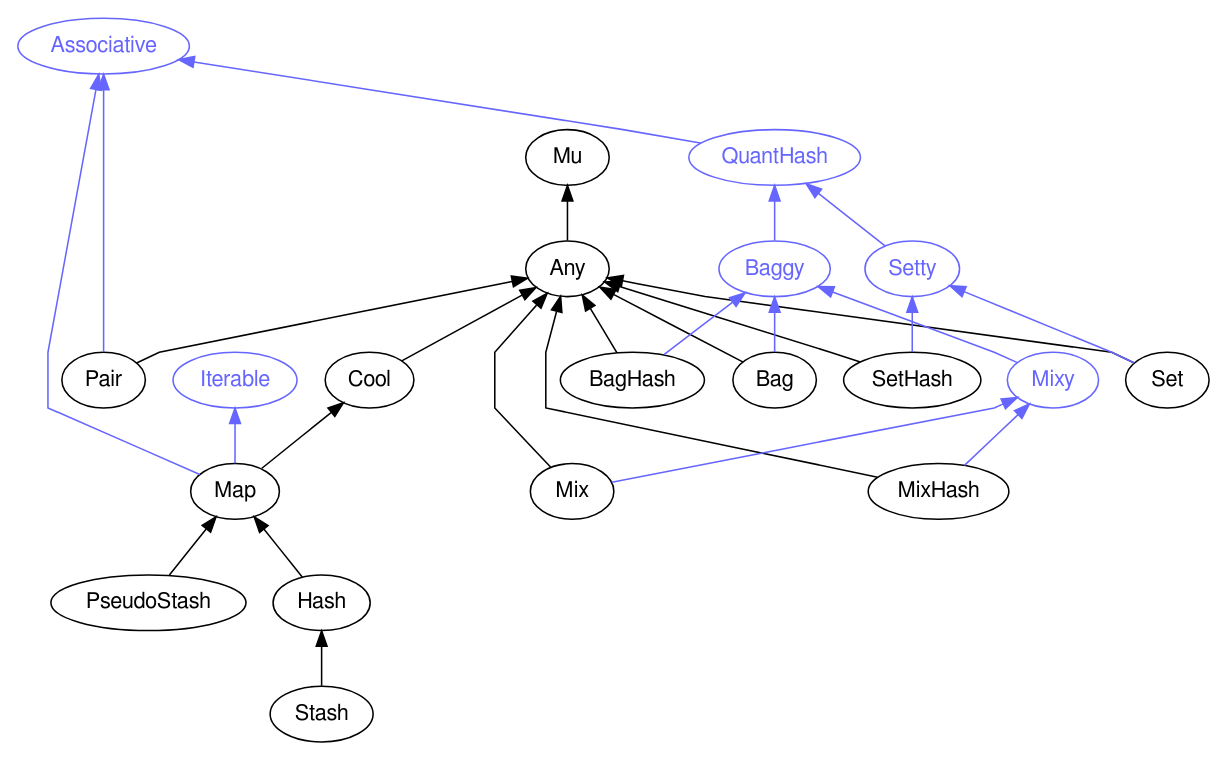
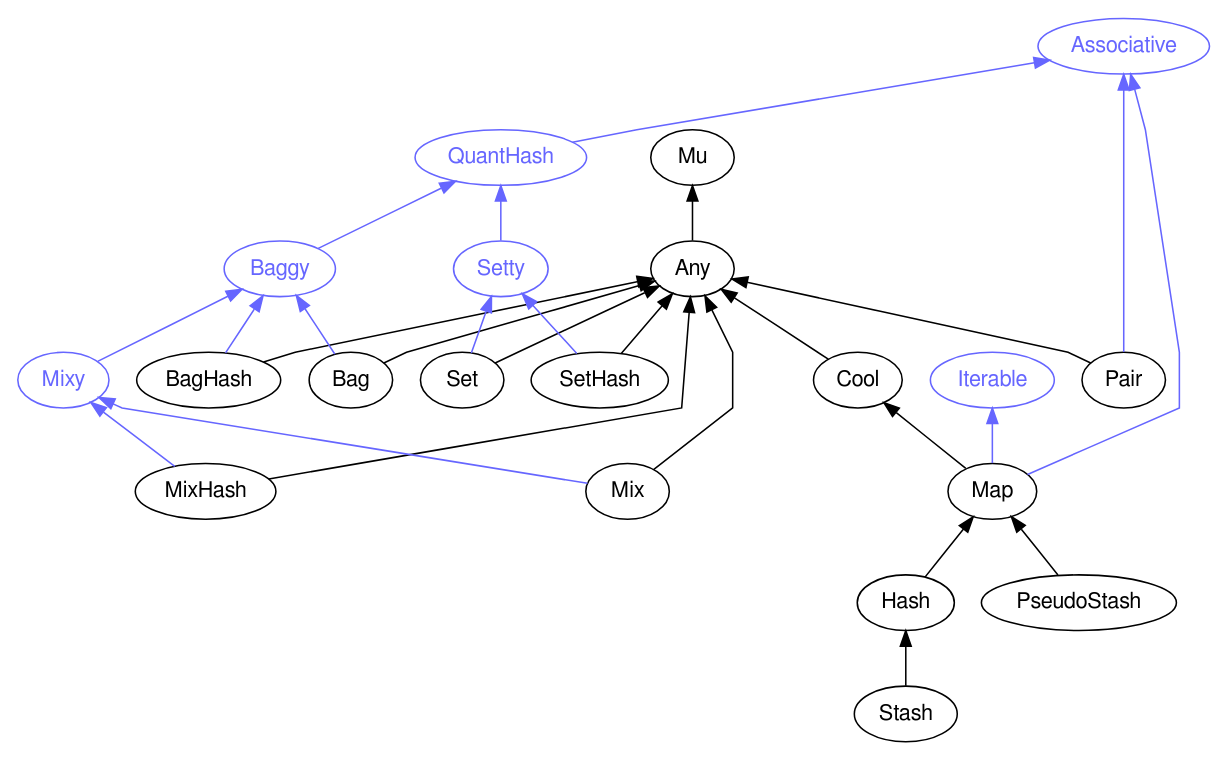
The diagram in images/type-graph-Associative.svg.dot (perl6docs/perl6docs.github.io), drawn with Graphviz before and after one commit. The commit also changed other lines of this file and 4486 other files, not shown here.

```diff
--- a/images/type-graph-Associative.svg.dot
+++ b/images/type-graph-Associative.svg.dot
@@ -1,56 +1,56 @@
 digraph "perl6-type-graph" {
     rankdir=BT;
     splines=polyline;
     overlap=false; 
     // Types
     "Associative" [color="#6666FF", fontcolor="#6666FF", href="/type/Associative", fontname="FreeSans"];
-    "QuantHash" [color="#6666FF", fontcolor="#6666FF", href="/type/QuantHash", fontname="FreeSans"];
     "Mu" [color="#000000", fontcolor="#000000", href="/type/Mu", fontname="FreeSans"];
     "Any" [color="#000000", fontcolor="#000000", href="/type/Any", fontname="FreeSans"];
     "Pair" [color="#000000", fontcolor="#000000", href="/type/Pair", fontname="FreeSans"];
     "Cool" [color="#000000", fontcolor="#000000", href="/type/Cool", fontname="FreeSans"];
     "Iterable" [color="#6666FF", fontcolor="#6666FF", href="/type/Iterable", fontname="FreeSans"];
     "Map" [color="#000000", fontcolor="#000000", href="/type/Map", fontname="FreeSans"];
+    "QuantHash" [color="#6666FF", fontcolor="#6666FF", href="/type/QuantHash", fontname="FreeSans"];
+    "Hash" [color="#000000", fontcolor="#000000", href="/type/Hash", fontname="FreeSans"];
     "PseudoStash" [color="#000000", fontcolor="#000000", href="/type/PseudoStash", fontname="FreeSans"];
-    "Hash" [color="#000000", fontcolor="#000000", href="/type/Hash", fontname="FreeSans"];
+    "Baggy" [color="#6666FF", fontcolor="#6666FF", href="/type/Baggy", fontname="FreeSans"];
     "Setty" [color="#6666FF", fontcolor="#6666FF", href="/type/Setty", fontname="FreeSans"];
-    "Baggy" [color="#6666FF", fontcolor="#6666FF", href="/type/Baggy", fontname="FreeSans"];
     "Stash" [color="#000000", fontcolor="#000000", href="/type/Stash", fontname="FreeSans"];
+    "BagHash" [color="#000000", fontcolor="#000000", href="/type/BagHash", fontname="FreeSans"];
+    "Mixy" [color="#6666FF", fontcolor="#6666FF", href="/type/Mixy", fontname="FreeSans"];
+    "Bag" [color="#000000", fontcolor="#000000", href="/type/Bag", fontname="FreeSans"];
     "Set" [color="#000000", fontcolor="#000000", href="/type/Set", fontname="FreeSans"];
     "SetHash" [color="#000000", fontcolor="#000000", href="/type/SetHash", fontname="FreeSans"];
-    "Bag" [color="#000000", fontcolor="#000000", href="/type/Bag", fontname="FreeSans"];
-    "BagHash" [color="#000000", fontcolor="#000000", href="/type/BagHash", fontname="FreeSans"];
-    "Mixy" [color="#6666FF", fontcolor="#6666FF", href="/type/Mixy", fontname="FreeSans"];
     "MixHash" [color="#000000", fontcolor="#000000", href="/type/MixHash", fontname="FreeSans"];
     "Mix" [color="#000000", fontcolor="#000000", href="/type/Mix", fontname="FreeSans"];
 
     // Superclasses
     "Any" -> "Mu" [color="#000000"];
     "Pair" -> "Any" [color="#000000"];
     "Cool" -> "Any" [color="#000000"];
     "Map" -> "Cool" [color="#000000"];
+    "Hash" -> "Map" [color="#000000"];
     "PseudoStash" -> "Map" [color="#000000"];
-    "Hash" -> "Map" [color="#000000"];
     "Stash" -> "Hash" [color="#000000"];
+    "BagHash" -> "Any" [color="#000000"];
+    "Bag" -> "Any" [color="#000000"];
     "Set" -> "Any" [color="#000000"];
     "SetHash" -> "Any" [color="#000000"];
-    "Bag" -> "Any" [color="#000000"];
-    "BagHash" -> "Any" [color="#000000"];
     "MixHash" -> "Any" [color="#000000"];
     "Mix" -> "Any" [color="#000000"];
 
     // Roles
-    "QuantHash" -> "Associative" [color="#6666FF"];
     "Pair" -> "Associative" [color="#6666FF"];
     "Map" -> "Iterable" [color="#6666FF"];
     "Map" -> "Associative" [color="#6666FF"];
+    "QuantHash" -> "Associative" [color="#6666FF"];
+    "Baggy" -> "QuantHash" [color="#6666FF"];
     "Setty" -> "QuantHash" [color="#6666FF"];
-    "Baggy" -> "QuantHash" [color="#6666FF"];
+    "BagHash" -> "Baggy" [color="#6666FF"];
+    "Mixy" -> "Baggy" [color="#6666FF"];
+    "Bag" -> "Baggy" [color="#6666FF"];
     "Set" -> "Setty" [color="#6666FF"];
     "SetHash" -> "Setty" [color="#6666FF"];
-    "Bag" -> "Baggy" [color="#6666FF"];
-    "BagHash" -> "Baggy" [color="#6666FF"];
-    "Mixy" -> "Baggy" [color="#6666FF"];
     "MixHash" -> "Mixy" [color="#6666FF"];
     "Mix" -> "Mixy" [color="#6666FF"];
 }
```
